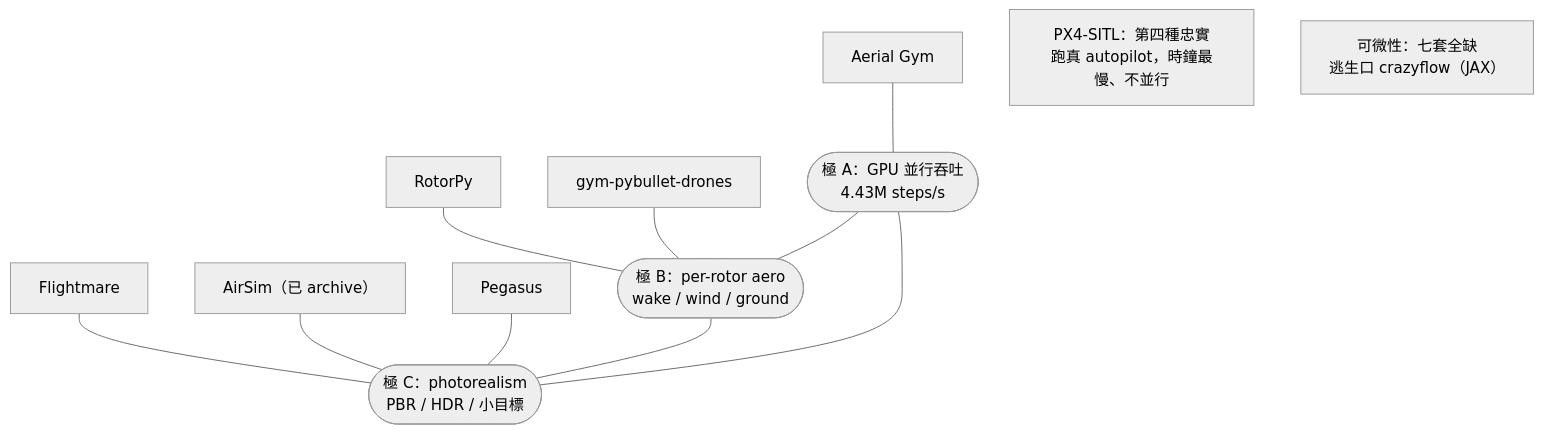
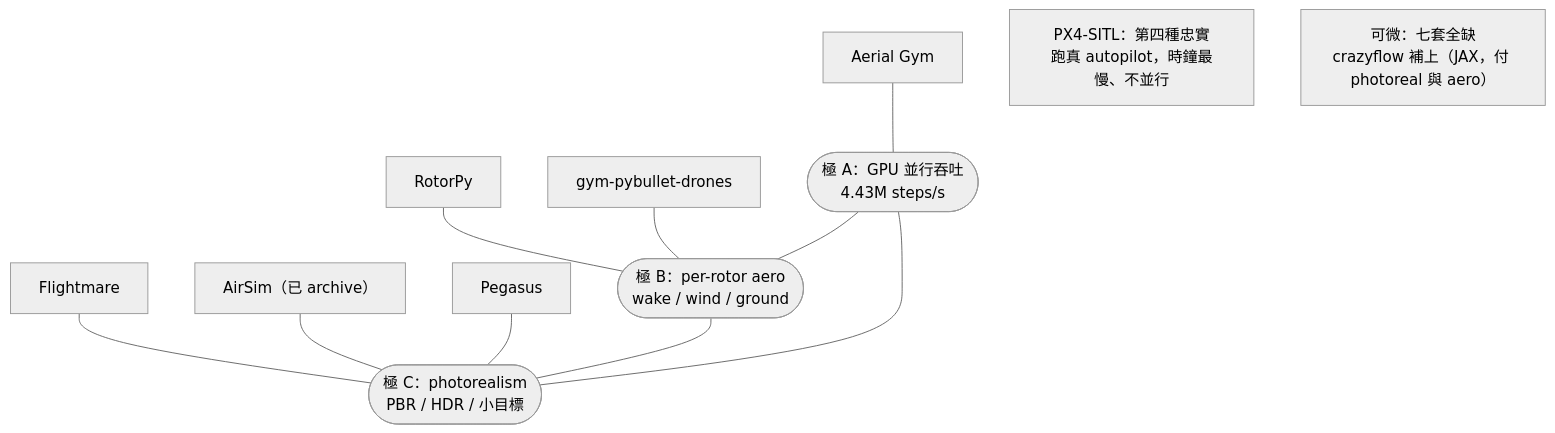
The diagram in use-cases/aerial-sim/aerial-sim-stack.md (sou350121/Physics-Controllable-Generation-Handbook), drawn with Mermaid (neutral theme) before and after one commit. The commit also changed other lines of this file, not shown here.

First line of the commit message:
aerial-sim-stack: 補上「可微的那一角」—— crazyflow 進矩陣 + §3.5 + neural-surrogate 具體化

````diff
--- a/use-cases/aerial-sim/aerial-sim-stack.md
+++ b/use-cases/aerial-sim/aerial-sim-stack.md
@@ -7,17 +7,17 @@
 ```mermaid
 flowchart TD
     A(["極 A：GPU 並行吞吐<br/>4.43M steps/s"])
     B(["極 B：per-rotor aero<br/>wake / wind / ground"])
     C(["極 C：photorealism<br/>PBR / HDR / 小目標"])
     AG["Aerial Gym"] --- A
     RP["RotorPy"] --- B
     PB["gym-pybullet-drones"] --- B
     FM["Flightmare"] --- C
     AS["AirSim（已 archive）"] --- C
     PG["Pegasus"] --- C
     A --- B
     B --- C
     C --- A
     PX["PX4-SITL：第四種忠實<br/>跑真 autopilot，時鐘最慢、不並行"]
-    DIFF["可微性：七套全缺<br/>逃生口 crazyflow（JAX）"]
+    DIFF["可微：七套全缺<br/>crazyflow 補上（JAX，付 photoreal 與 aero）"]
 ```
````
